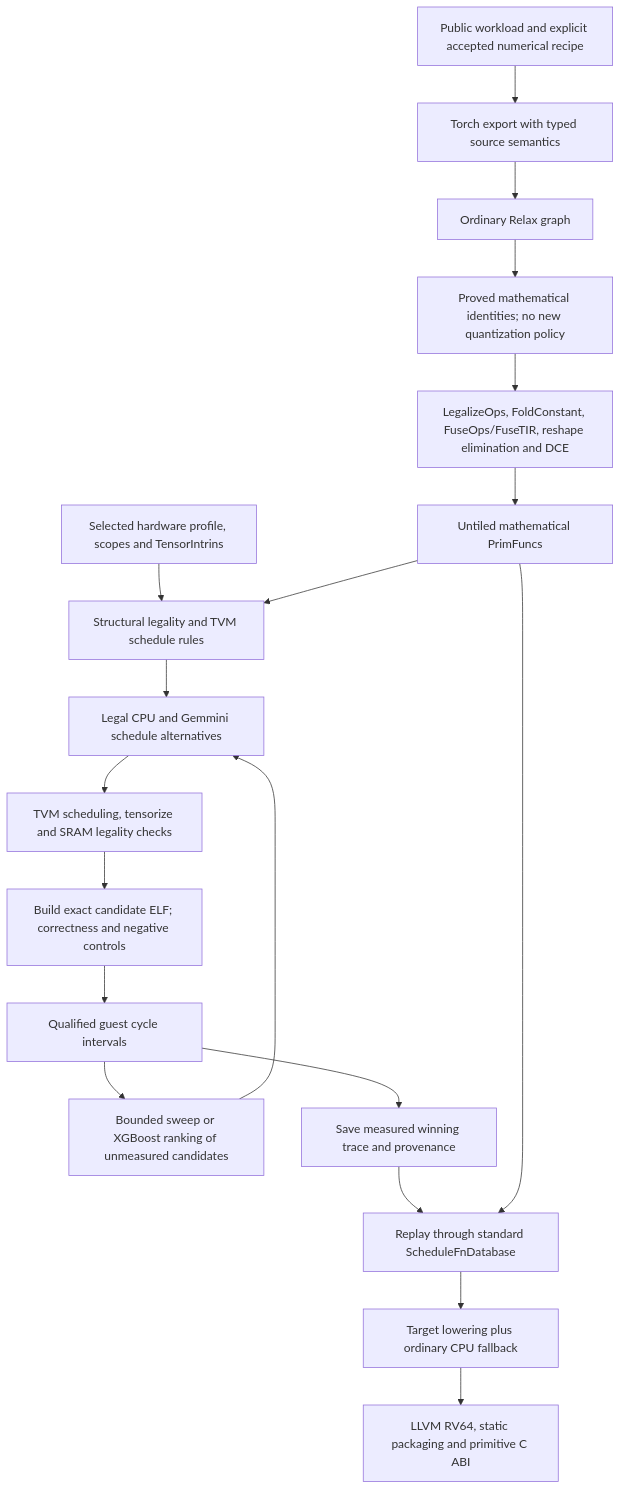
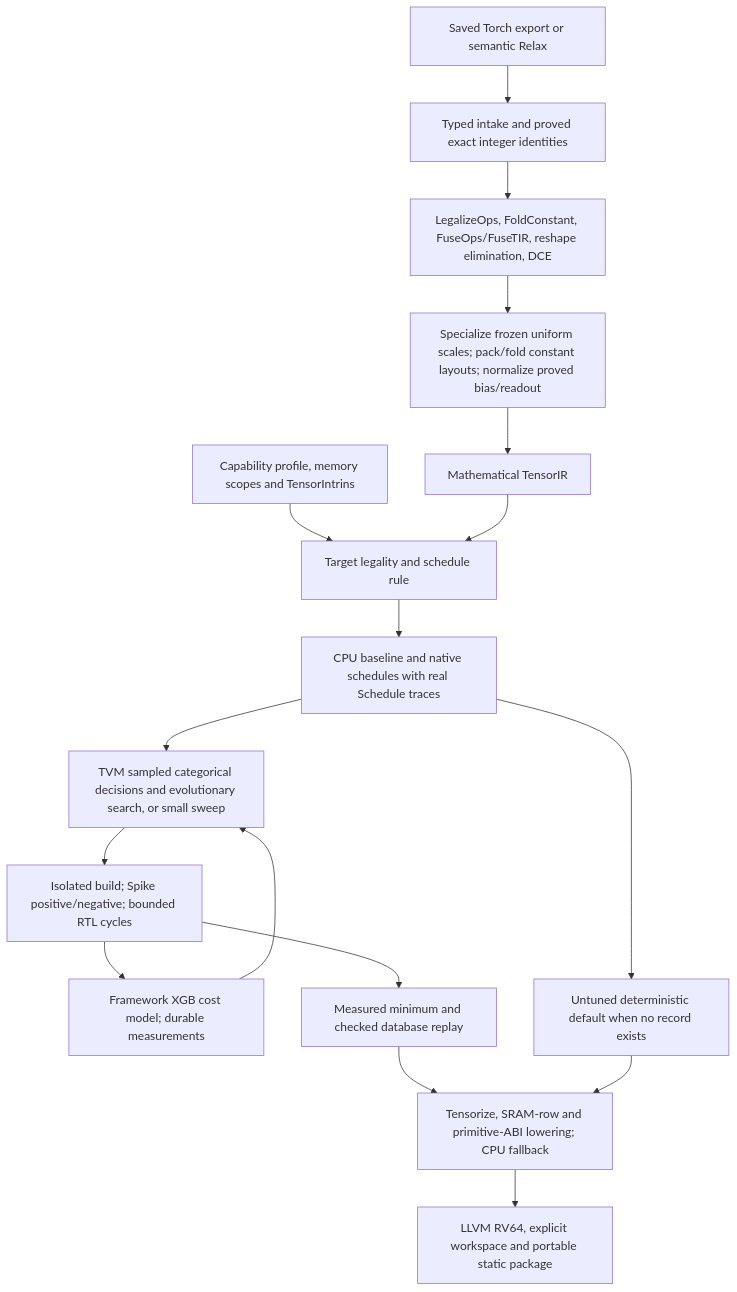
One commit to grammy117/tvm changed the diagram in apps/gemmini/EL4_STATUS.md. Above: the diagram before and after it, drawn with Mermaid. The commit also changed other lines of this file and 6 other files, not shown here.

Commit message:
docs(gemmini): close reviewer findings with bounded RTL evidence

````diff
--- a/apps/gemmini/EL4_STATUS.md
+++ b/apps/gemmini/EL4_STATUS.md
@@ -28,21 +39,19 @@
 ```mermaid
 flowchart TD
-  S[Public workload and explicit accepted numerical recipe] --> E[Torch export with typed source semantics]
-  E --> R[Ordinary Relax graph]
-  R --> Q[Proved mathematical identities; no new quantization policy]
-  Q --> O[LegalizeOps, FoldConstant, FuseOps/FuseTIR, reshape elimination and DCE]
-  O --> M[Untiled mathematical PrimFuncs]
-  H[Selected hardware profile, scopes and TensorIntrins] --> G[Structural legality and TVM schedule rules]
-  M --> G
-  G --> A[Legal CPU and Gemmini schedule alternatives]
-  A --> T[TVM scheduling, tensorize and SRAM legality checks]
-  T --> V[Build exact candidate ELF; correctness and negative controls]
-  V --> C[Qualified guest cycle intervals]
-  C --> X[Bounded sweep or XGBoost ranking of unmeasured candidates]
-  X --> A
-  C --> D[Save measured winning trace and provenance]
-  D --> P[Replay through standard ScheduleFnDatabase]
-  M --> P
-  P --> L[Target lowering plus ordinary CPU fallback]
-  L --> B[LLVM RV64, static packaging and primitive C ABI]
+  E[Saved Torch export or semantic Relax] --> I[Typed intake and proved exact integer identities]
+  I --> O[LegalizeOps, FoldConstant, FuseOps/FuseTIR, reshape elimination, DCE]
+  O --> P[Specialize frozen uniform scales; pack/fold constant layouts; normalize proved bias/readout]
+  P --> M[Mathematical TensorIR]
+  H[Capability profile, memory scopes and TensorIntrins] --> S[Target legality and schedule rule]
+  M --> S
+  S --> C[CPU baseline and native schedules with real Schedule traces]
+  C --> D[TVM sampled categorical decisions and evolutionary search, or small sweep]
+  D --> V[Isolated build; Spike positive/negative; bounded RTL cycles]
+  V --> X[Framework XGB cost model; durable measurements]
+  X --> D
+  V --> R[Measured minimum and checked database replay]
+  C --> U[Untuned deterministic default when no record exists]
+  R --> L[Tensorize, SRAM-row and primitive-ABI lowering; CPU fallback]
+  U --> L
+  L --> B[LLVM RV64, explicit workspace and portable static package]
 ```
````
